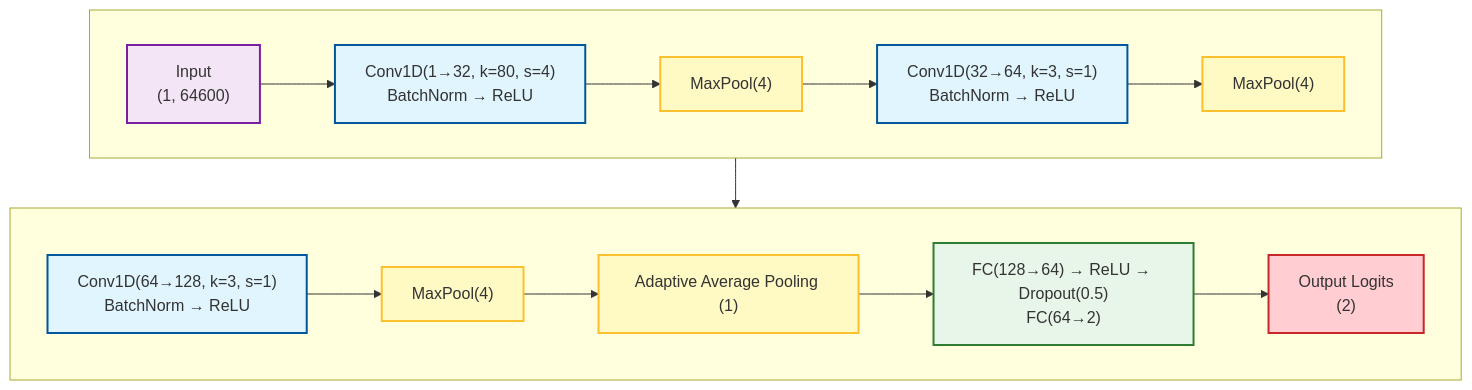
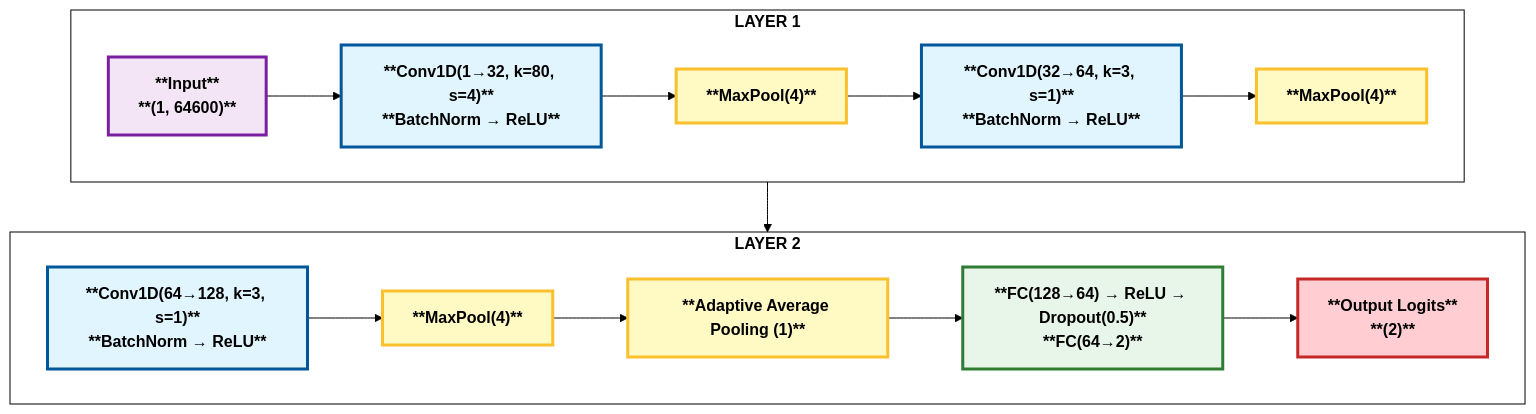
Before and after one commit to gkibria121/ai-voice-detector: the first of 2 diagrams in docs/methodology_part2.md, drawn with Mermaid. The commit also changed other lines of this file and 5 other files, not shown here.

````diff
--- a/docs/methodology_part2.md
+++ b/docs/methodology_part2.md
@@ -36,33 +36,34 @@
 ```mermaid
+%%{init: {'theme':'base', 'themeVariables': { 'primaryColor':'#fff', 'primaryTextColor':'#000', 'primaryBorderColor':'#000', 'lineColor':'#000', 'secondaryColor':'#fff', 'tertiaryColor':'#fff', 'clusterBkg':'#fff', 'clusterBorder':'#000', 'titleColor':'#000', 'edgeLabelBackground':'#fff', 'fontSize':'16px', 'fontFamily':'arial'}}}%%
 flowchart TD
     %% CNN Architecture
-    classDef input fill:#f3e5f5,stroke:#7b1fa2,stroke-width:2px
-    classDef conv fill:#e1f5fe,stroke:#01579b,stroke-width:2px
-    classDef pool fill:#fff9c4,stroke:#fbc02d,stroke-width:2px
-    classDef fc fill:#e8f5e9,stroke:#2e7d32,stroke-width:2px
-    classDef output fill:#ffcdd2,stroke:#c62828,stroke-width:2px
+    classDef input fill:#f3e5f5,stroke:#7b1fa2,stroke-width:3px,color:#000,font-weight:bold
+    classDef conv fill:#e1f5fe,stroke:#01579b,stroke-width:3px,color:#000,font-weight:bold
+    classDef pool fill:#fff9c4,stroke:#fbc02d,stroke-width:3px,color:#000,font-weight:bold
+    classDef fc fill:#e8f5e9,stroke:#2e7d32,stroke-width:3px,color:#000,font-weight:bold
+    classDef output fill:#ffcdd2,stroke:#c62828,stroke-width:3px,color:#000,font-weight:bold
 
-    subgraph Layer1[" "]
+    subgraph Layer1["<b>LAYER 1</b>"]
         direction LR
-        Input["Input<br/>(1, 64600)"]:::input
-        Conv1["Conv1D(1→32, k=80, s=4)<br/>BatchNorm → ReLU"]:::conv
-        Pool1["MaxPool(4)"]:::pool
-        Conv2["Conv1D(32→64, k=3, s=1)<br/>BatchNorm → ReLU"]:::conv
-        Pool2["MaxPool(4)"]:::pool
+        Input["**Input**<br/>**(1, 64600)**"]:::input
+        Conv1["**Conv1D(1→32, k=80, s=4)**<br/>**BatchNorm → ReLU**"]:::conv
+        Pool1["**MaxPool(4)**"]:::pool
+        Conv2["**Conv1D(32→64, k=3, s=1)**<br/>**BatchNorm → ReLU**"]:::conv
+        Pool2["**MaxPool(4)**"]:::pool
 
         Input --> Conv1 --> Pool1 --> Conv2 --> Pool2
     end
 
-    subgraph Layer2[" "]
+    subgraph Layer2["<b>LAYER 2</b>"]
         direction LR
-        Conv3["Conv1D(64→128, k=3, s=1)<br/>BatchNorm → ReLU"]:::conv
-        Pool3["MaxPool(4)"]:::pool
-        AdaptPool["Adaptive Average Pooling (1)"]:::pool
-        FC["FC(128→64) → ReLU → Dropout(0.5)<br/>FC(64→2)"]:::fc
-        Output["Output Logits<br/>(2)"]:::output
+        Conv3["**Conv1D(64→128, k=3, s=1)**<br/>**BatchNorm → ReLU**"]:::conv
+        Pool3["**MaxPool(4)**"]:::pool
+        AdaptPool["**Adaptive Average Pooling (1)**"]:::pool
+        FC["**FC(128→64) → ReLU → Dropout(0.5)**<br/>**FC(64→2)**"]:::fc
+        Output["**Output Logits**<br/>**(2)**"]:::output
 
         Conv3 --> Pool3 --> AdaptPool --> FC --> Output
     end
 
     Layer1 --> Layer2
 ```
````
